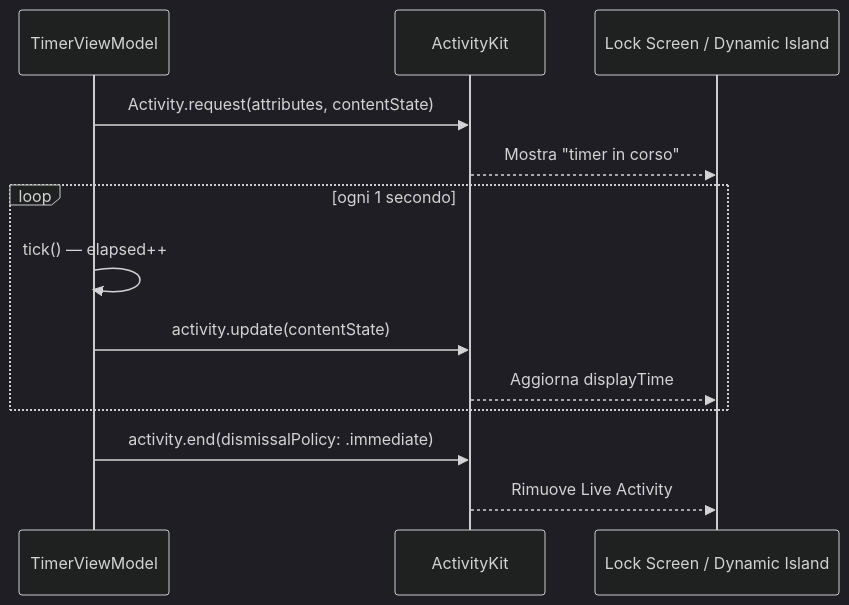
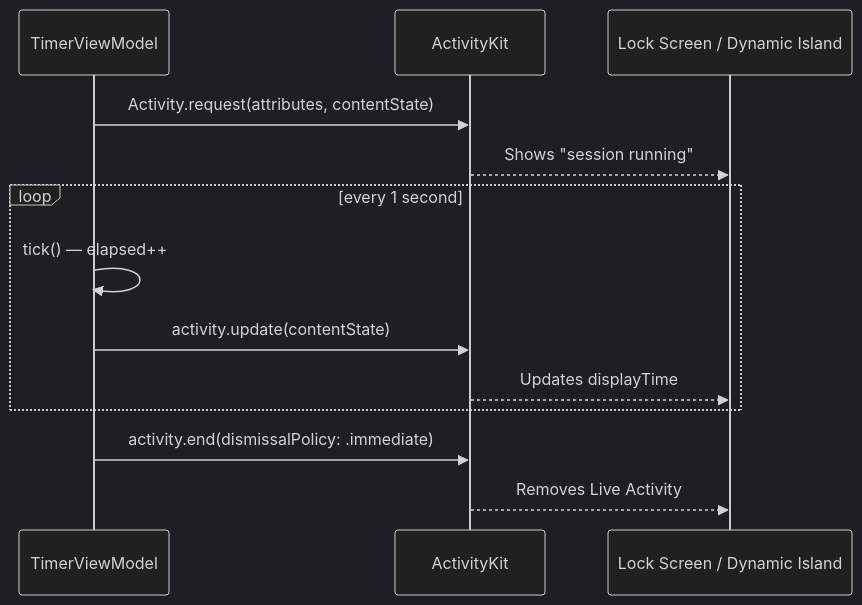
One commit to albertobarrago/timelog changed the eighth of 10 diagrams in docs/03-flussi.md. Above: the diagram before and after it, drawn with Mermaid (dark theme). The commit also changed other lines of this file and 12 other files, not shown here.

````diff
--- a/docs/03-flussi.md
+++ b/docs/03-flussi.md
@@ -208,18 +208,18 @@
 ```mermaid
 sequenceDiagram
     participant VM as TimerViewModel
     participant AK as ActivityKit
     participant LS as Lock Screen / Dynamic Island
 
     VM->>AK: Activity.request(attributes, contentState)
-    AK-->>LS: Mostra "timer in corso"
+    AK-->>LS: Shows "session running"
 
-    loop ogni 1 secondo
+    loop every 1 second
         VM->>VM: tick() — elapsed++
         VM->>AK: activity.update(contentState)
-        AK-->>LS: Aggiorna displayTime
+        AK-->>LS: Updates displayTime
     end
 
     VM->>AK: activity.end(dismissalPolicy: .immediate)
-    AK-->>LS: Rimuove Live Activity
+    AK-->>LS: Removes Live Activity
 ```
````
